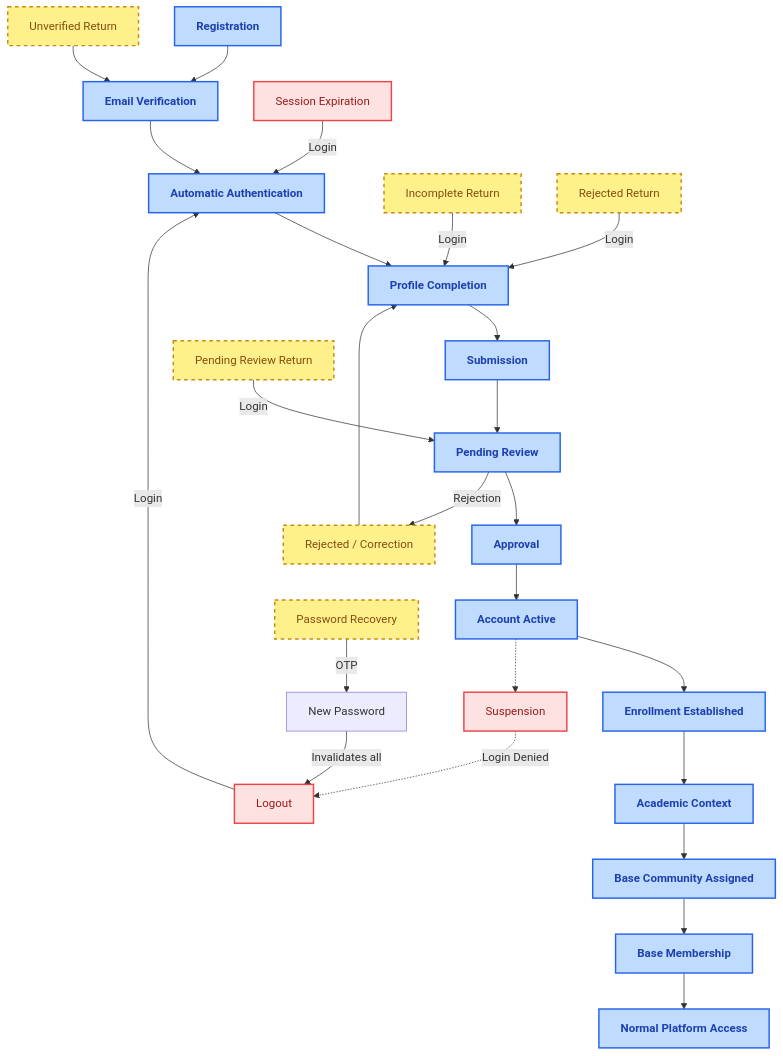
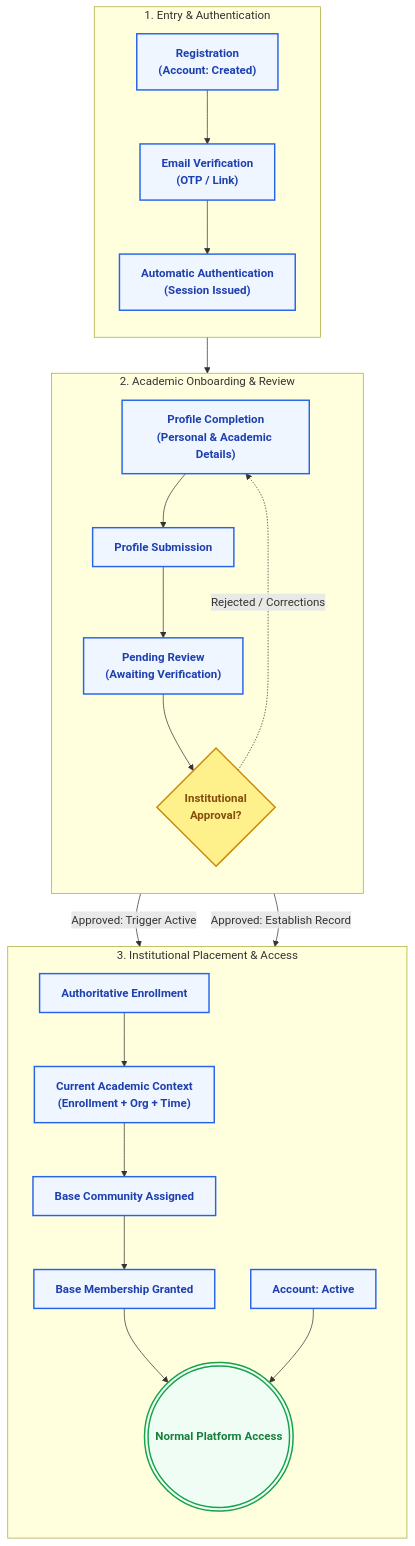
The first of 2 diagrams in docs/foundation/04-master-user-journey.md (davidalbertstark-lab/Lenar), drawn with Mermaid before and after one commit. The commit also changed other lines of this file and 28 other files, not shown here.

Commit message:
docs: system-wide diagram redesign for first-instance comprehension

````diff
--- a/docs/foundation/04-master-user-journey.md
+++ b/docs/foundation/04-master-user-journey.md
@@ -7,64 +14,49 @@
 ```mermaid
 flowchart TD
-    classDef main fill:#bfdbfe,stroke:#2563eb,stroke-width:2px,color:#1e40af,font-weight:bold
-    classDef return fill:#fef08a,stroke:#ca8a04,stroke-width:2px,color:#854d0e,stroke-dasharray: 5 5
-    classDef exit fill:#fee2e2,stroke:#ef4444,stroke-width:2px,color:#991b1b
-    classDef process fill:#e0e7ff,stroke:#4f46e5,stroke-width:1px,color:#312e81
+    classDef step fill:#eff6ff,stroke:#2563eb,stroke-width:2px,color:#1e40af,font-weight:bold
+    classDef decision fill:#fef08a,stroke:#ca8a04,stroke-width:2px,color:#854d0e,font-weight:bold
+    classDef outcome fill:#f0fdf4,stroke:#16a34a,stroke-width:2px,color:#15803d,font-weight:bold
 
-    Reg[Registration]:::main
-    Verify[Email Verification]:::main
-    Auth[Automatic Authentication]:::main
-    Prof[Profile Completion]:::main
-    Sub[Submission]:::main
-    Pend[Pending Review]:::main
-    Appr[Approval]:::main
-    Acc[Account Active]:::main
-    Enr[Enrollment Established]:::main
-    Ctx[Academic Context]:::main
-    BaseC[Base Community Assigned]:::main
-    BaseM[Base Membership]:::main
-    Norm[Normal Platform Access]:::main
-    
-    Reg --> Verify
-    Verify --> Auth
+    subgraph Entry ["1. Entry & Authentication"]
+        direction TB
+        Reg["Registration<br/>(Account: Created)"]:::step
+        Verify["Email Verification<br/>(OTP / Link)"]:::step
+        Auth["Automatic Authentication<br/>(Session Issued)"]:::step
+
+        Reg --> Verify
+        Verify --> Auth
+    end
+
+    subgraph Onboard ["2. Academic Onboarding & Review"]
+        direction TB
+        Prof["Profile Completion<br/>(Personal & Academic Details)"]:::step
+        Sub["Profile Submission"]:::step
+        Pend["Pending Review<br/>(Awaiting Verification)"]:::step
+        Appr{"Institutional<br/>Approval?"}:::decision
+
+        Prof --> Sub
+        Sub --> Pend
+        Pend --> Appr
+        Appr -.->|Rejected / Corrections| Prof
+    end
+
+    subgraph Placement ["3. Institutional Placement & Access"]
+        direction TB
+        Acc["Account: Active"]:::step
+        Enr["Authoritative Enrollment"]:::step
+        Ctx["Current Academic Context<br/>(Enrollment + Org + Time)"]:::step
+        Comm["Base Community Assigned"]:::step
+        Mem["Base Membership Granted"]:::step
+        Access(((Normal Platform Access))):::outcome
+
+        Enr --> Ctx
+        Ctx --> Comm
+        Comm --> Mem
+        Mem --> Access
+        Acc --> Access
+    end
+
     Auth --> Prof
-    Prof --> Sub
-    Sub --> Pend
-    Pend --> Appr
-    Appr --> Acc
-    Acc --> Enr
-    Enr --> Ctx
-    Ctx --> BaseC
-    BaseC --> BaseM
-    BaseM --> Norm
-    
-    %% Branches / Returns
-    Unv[Unverified Return]:::return
-    Unv --> Verify
-    
-    Inc[Incomplete Return]:::return
-    Inc -->|Login| Prof
-    
-    PendRet[Pending Review Return]:::return
-    PendRet -->|Login| Pend
-    
-    Rej[Rejected / Correction]:::return
-    Pend -->|Rejection| Rej
-    Rej --> Prof
-    RejRet[Rejected Return]:::return
-    RejRet -->|Login| Prof
-    
-    Sess[Session Expiration]:::exit
-    Sess -->|Login| Auth
-    
-    Logout[Logout]:::exit
-    Logout -->|Login| Auth
-    
-    PassReq[Password Recovery]:::return
-    PassReq -->|OTP| PassNew[New Password]
-    PassNew -->|Invalidates all| Logout
-    
-    Susp[Suspension]:::exit
-    Acc -.-> Susp
-    Susp -.->|Login Denied| Logout
+    Appr -->|Approved: Trigger Active| Acc
+    Appr -->|Approved: Establish Record| Enr
 ```
````
